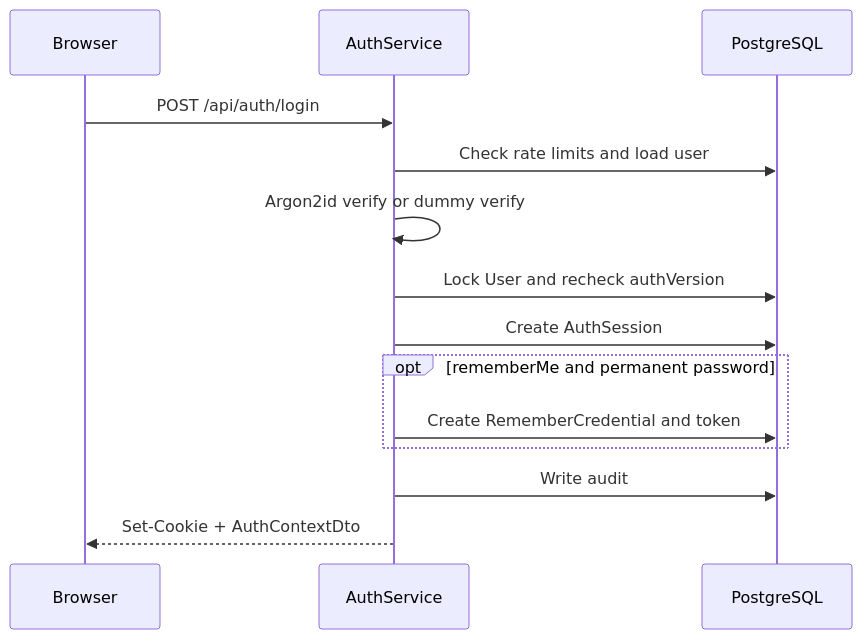
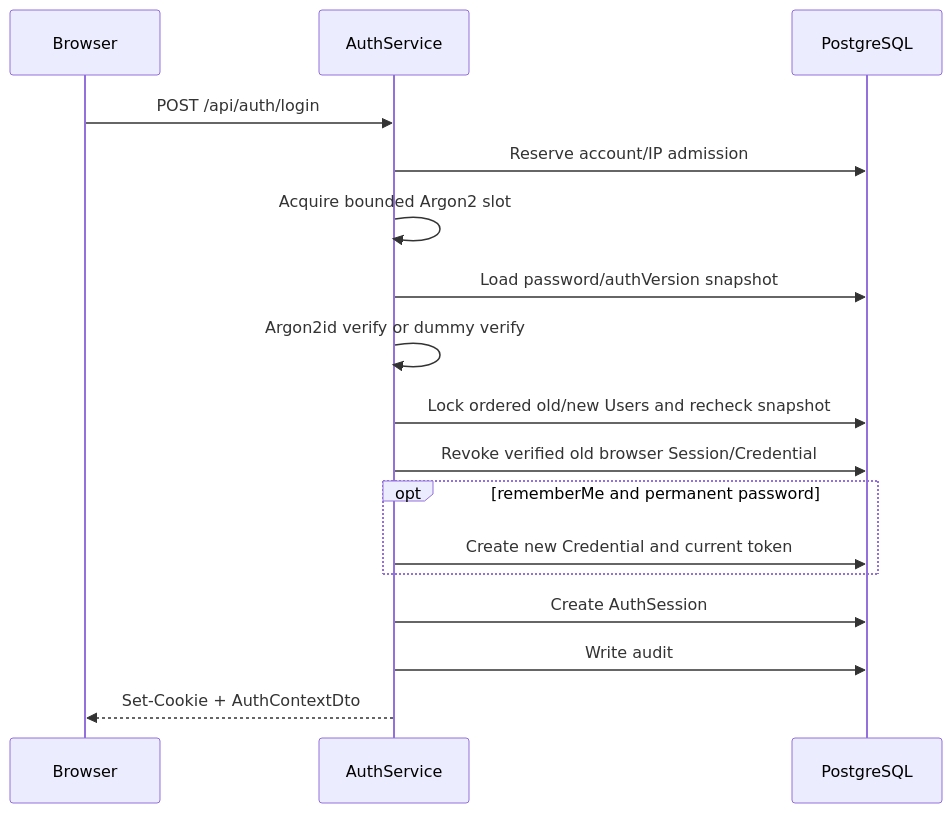
Before and after one commit to SilnoGM/QIANSHU-DMS: the second of 3 diagrams in docs/全局文档/用户认证与权限体系设计.md, drawn with Mermaid. The commit also changed other lines of this file, not shown here.

````diff
--- a/docs/全局文档/用户认证与权限体系设计.md
+++ b/docs/全局文档/用户认证与权限体系设计.md
@@ -567,17 +731,20 @@
 ```mermaid
 sequenceDiagram
   participant B as Browser
   participant A as AuthService
   participant P as PostgreSQL
 
   B->>A: POST /api/auth/login
-  A->>P: Check rate limits and load user
+  A->>P: Reserve account/IP admission
+  A->>A: Acquire bounded Argon2 slot
+  A->>P: Load password/authVersion snapshot
   A->>A: Argon2id verify or dummy verify
-  A->>P: Lock User and recheck authVersion
+  A->>P: Lock ordered old/new Users and recheck snapshot
+  A->>P: Revoke verified old browser Session/Credential
+  opt rememberMe and permanent password
+    A->>P: Create new Credential and current token
+  end
   A->>P: Create AuthSession
-  opt rememberMe and permanent password
-    A->>P: Create RememberCredential and token
-  end
   A->>P: Write audit
   A-->>B: Set-Cookie + AuthContextDto
 ```
````
